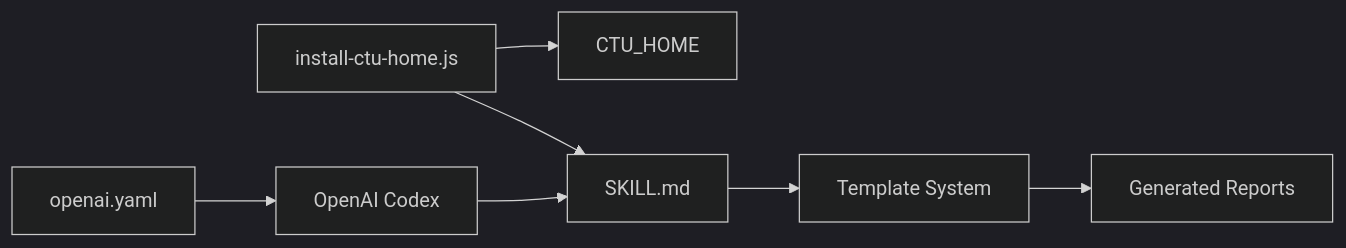
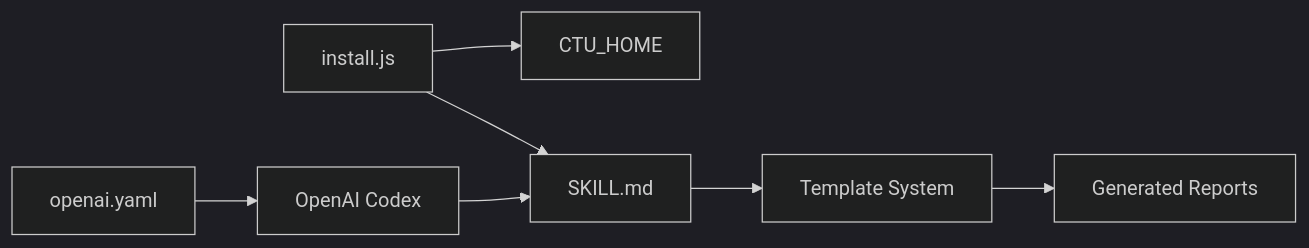
One commit to pingwurth/code-to-uml changed the third of 3 diagrams in .qoder/repowiki/en/content/AI Agent Integration/Agent Setup Guides/OpenAI Codex Support.md. Above: the diagram before and after it, drawn with Mermaid (dark theme). The commit also changed other lines of this file and 26 other files, not shown here.

Commit message:
rename install-ctu-home.js install.js

````diff
--- a/.qoder/repowiki/en/content/AI Agent Integration/Agent Setup Guides/OpenAI Codex Support.md
+++ b/.qoder/repowiki/en/content/AI Agent Integration/Agent Setup Guides/OpenAI Codex Support.md
@@ -193,9 +193,9 @@
 ```mermaid
 graph LR
-Installer["install-ctu-home.js"] --> CTU["CTU_HOME"]
+Installer["install.js"] --> CTU["CTU_HOME"]
 Installer --> Skill["SKILL.md"]
 AgentCfg["openai.yaml"] --> Agent["OpenAI Codex"]
 Agent --> Skill
 Skill --> Templates["Template System"]
 Templates --> Reports["Generated Reports"]
 ```
````
